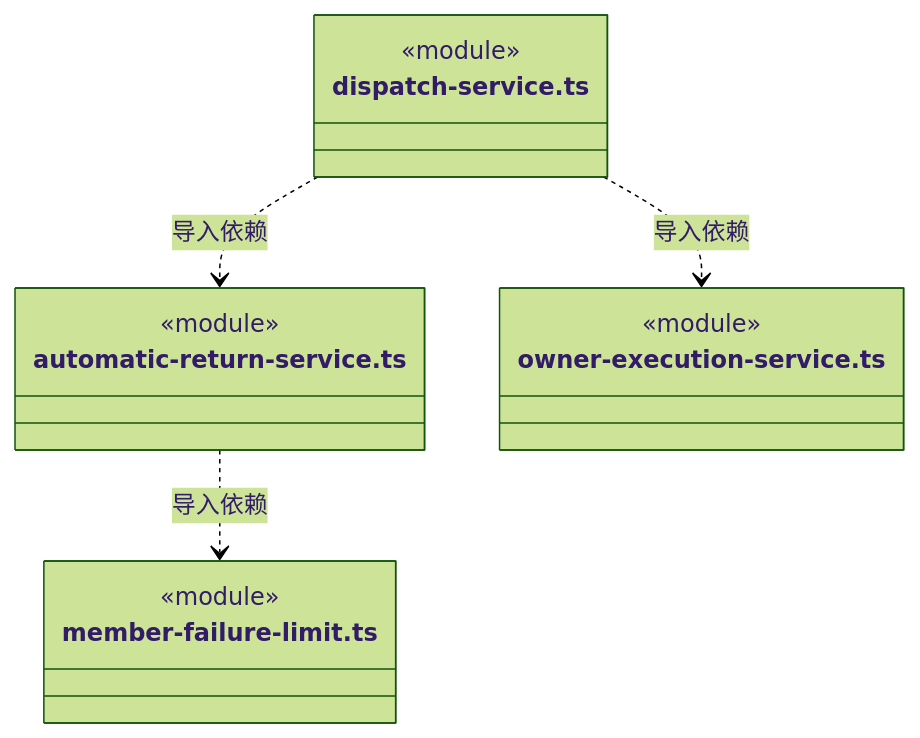
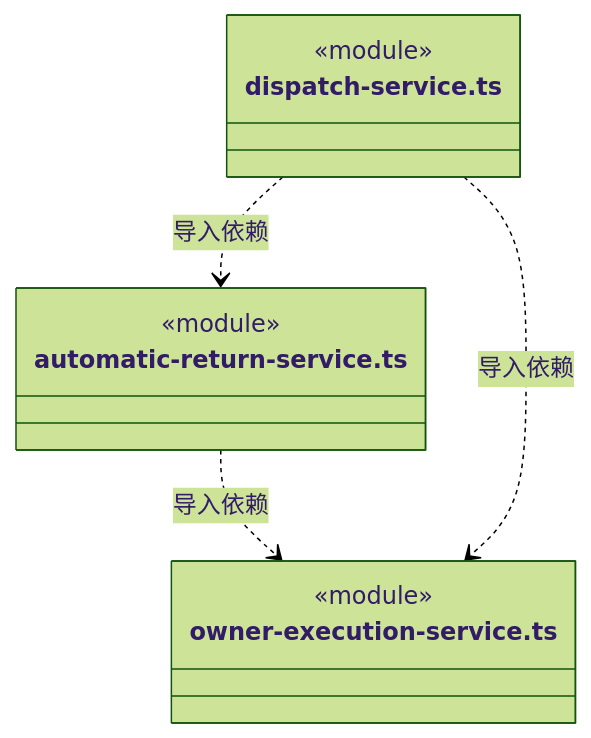
One commit to nan023062/cbim changed diagram 15 of 15 in src/logic/dispatch/runtime/ARCHITECTURE.md. Above: the diagram before and after it, drawn with Mermaid (forest theme). The commit also changed other lines of this file and 112 other files, not shown here.

Commit message:
docs: align source architecture with current declarations and contracts

````diff
--- a/src/logic/dispatch/runtime/ARCHITECTURE.md
+++ b/src/logic/dispatch/runtime/ARCHITECTURE.md
@@ -528,18 +525,15 @@
 ```mermaid
 classDiagram
 class N_src_logic_dispatch_runtime_automatic_return_service_ts["automatic-return-service.ts"] {
   <<module>>
 }
-class N_src_logic_dispatch_runtime_member_failure_limit_ts["member-failure-limit.ts"] {
+class N_src_logic_dispatch_runtime_owner_execution_service_ts["owner-execution-service.ts"] {
   <<module>>
 }
 class N_src_logic_dispatch_runtime_dispatch_service_ts["dispatch-service.ts"] {
   <<module>>
 }
-class N_src_logic_dispatch_runtime_owner_execution_service_ts["owner-execution-service.ts"] {
-  <<module>>
-}
-N_src_logic_dispatch_runtime_automatic_return_service_ts ..> N_src_logic_dispatch_runtime_member_failure_limit_ts : 导入依赖
+N_src_logic_dispatch_runtime_automatic_return_service_ts ..> N_src_logic_dispatch_runtime_owner_execution_service_ts : 导入依赖
+N_src_logic_dispatch_runtime_dispatch_service_ts ..> N_src_logic_dispatch_runtime_automatic_return_service_ts : 导入依赖
 N_src_logic_dispatch_runtime_dispatch_service_ts ..> N_src_logic_dispatch_runtime_owner_execution_service_ts : 导入依赖
-N_src_logic_dispatch_runtime_dispatch_service_ts ..> N_src_logic_dispatch_runtime_automatic_return_service_ts : 导入依赖
 ```
````
